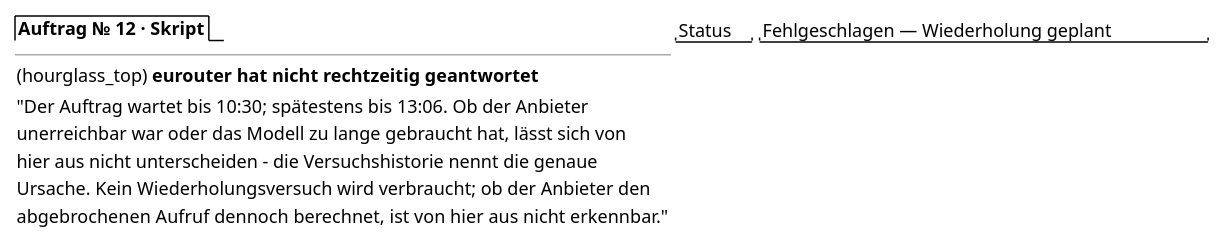
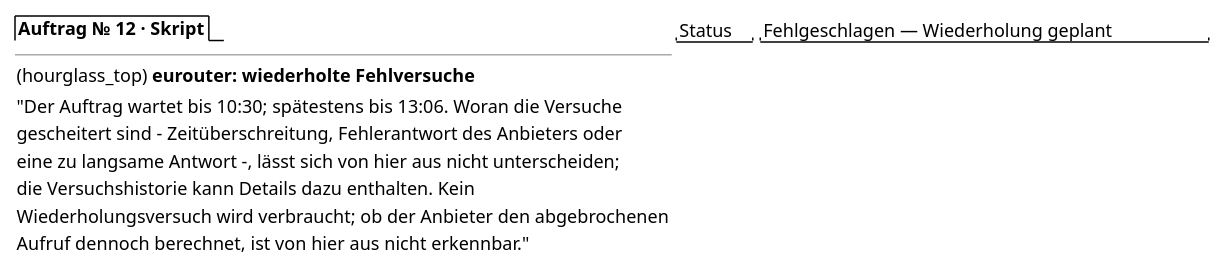
Before and after one commit to tradem/breakdown-rs: the fourth of 5 diagrams in docs/design/screens/ai-import-jobs.md, drawn with PlantUML. The commit also changed other lines of this file and 16 other files, not shown here.

````diff
--- a/docs/design/screens/ai-import-jobs.md
+++ b/docs/design/screens/ai-import-jobs.md
@@ -447,16 +447,17 @@
 ```plantuml
 @startsalt
 {
   {/ <b>Auftrag № 12 · Skript} |
     { "Status" | "Fehlgeschlagen — Wiederholung geplant" }
     --
-    { (hourglass_top) **eurouter hat nicht rechtzeitig geantwortet** }
-    { "Der Auftrag wartet bis 10:30; spätestens bis 13:06. Ob der Anbieter
-      unerreichbar war oder das Modell zu lange gebraucht hat, lässt sich von
-      hier aus nicht unterscheiden – die Versuchshistorie nennt die genaue
-      Ursache. Kein Wiederholungsversuch wird verbraucht; ob der Anbieter den
-      abgebrochenen Aufruf dennoch berechnet, ist von hier aus nicht erkennbar." }
+    { (hourglass_top) **eurouter: wiederholte Fehlversuche** }
+    { "Der Auftrag wartet bis 10:30; spätestens bis 13:06. Woran die Versuche
+      gescheitert sind – Zeitüberschreitung, Fehlerantwort des Anbieters oder
+      eine zu langsame Antwort –, lässt sich von hier aus nicht unterscheiden;
+      die Versuchshistorie kann Details dazu enthalten. Kein
+      Wiederholungsversuch wird verbraucht; ob der Anbieter den abgebrochenen
+      Aufruf dennoch berechnet, ist von hier aus nicht erkennbar." }
   }
 }
 @endsalt
 ```
````
